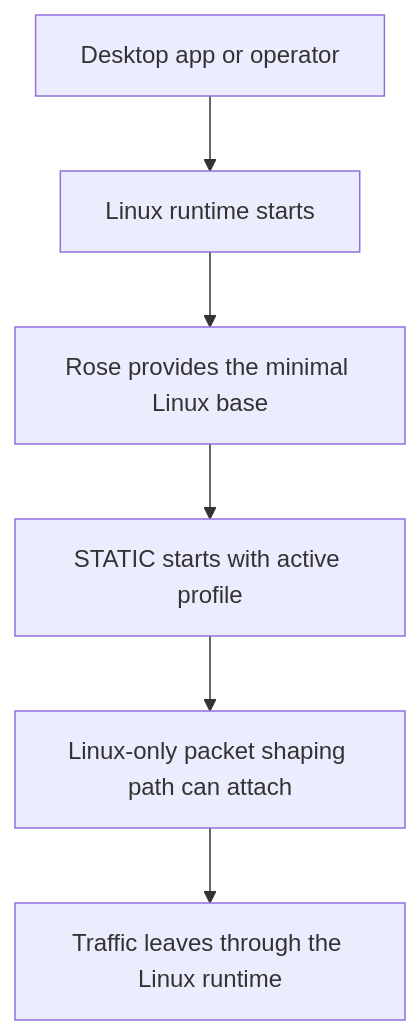
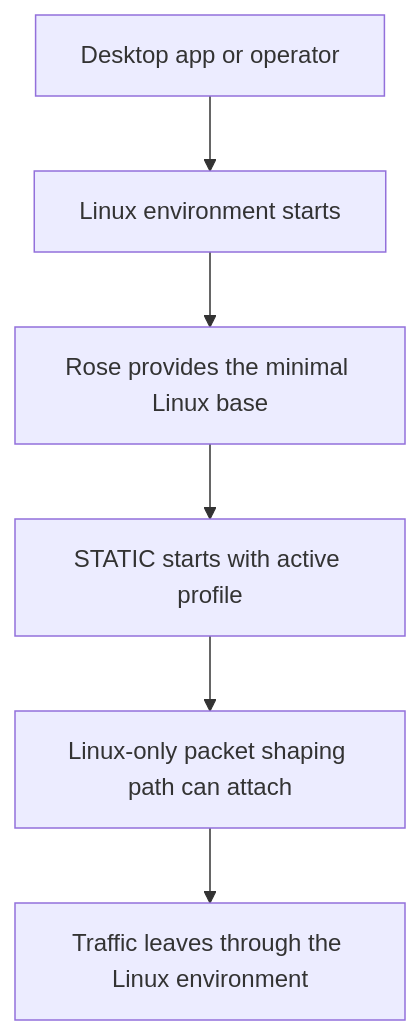
The second of 2 diagrams in docs/Overview/rose.md (un-nf/404-docs), drawn with Mermaid before and after one commit. The commit also changed other lines of this file and 18 other files, not shown here.

````diff
--- a/docs/Overview/rose.md
+++ b/docs/Overview/rose.md
@@ -87,8 +80,8 @@
 ```mermaid
 flowchart TD
-    A[Desktop app or operator] --> B[Linux runtime starts]
+    A[Desktop app or operator] --> B[Linux environment starts]
     B --> C[Rose provides the minimal Linux base]
     C --> D[STATIC starts with active profile]
     D --> E[Linux-only packet shaping path can attach]
-    E --> F[Traffic leaves through the Linux runtime]
+    E --> F[Traffic leaves through the Linux environment]
 ```
````
